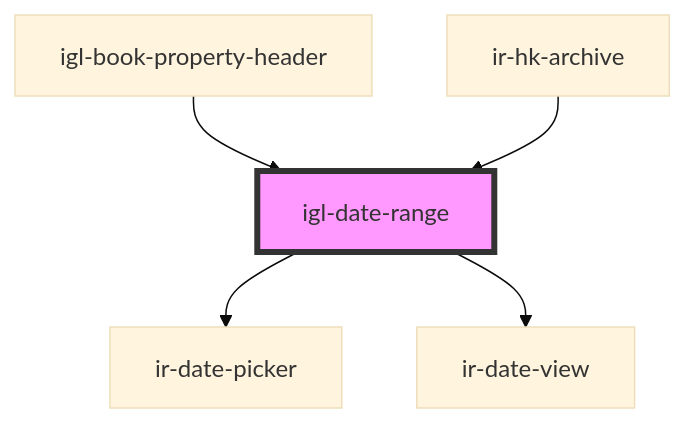
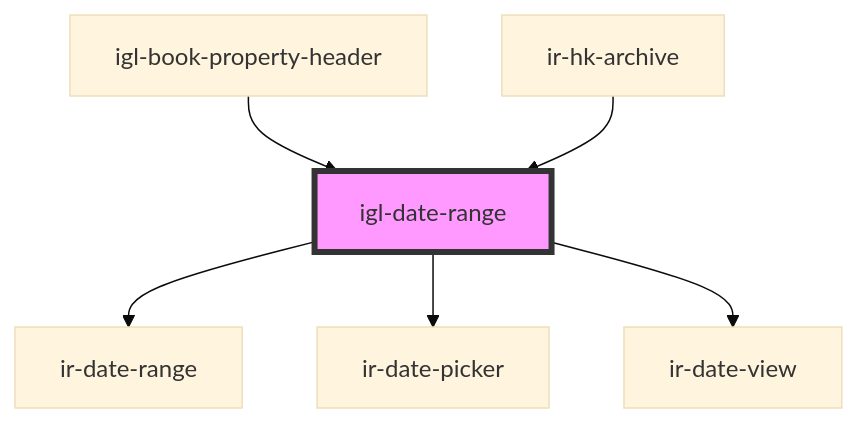
The diagram in src/components/igloo-calendar/igl-date-range/readme.md (David1Chowaifaty/modified-ir-webcmp), drawn with Mermaid (base theme) before and after one commit. The commit also changed other lines of this file and 70 other files, not shown here.

````diff
--- a/src/components/igloo-calendar/igl-date-range/readme.md
+++ b/src/components/igloo-calendar/igl-date-range/readme.md
@@ -42,8 +43,9 @@
 ```mermaid
 graph TD;
+  igl-date-range --> ir-date-range
   igl-date-range --> ir-date-picker
   igl-date-range --> ir-date-view
   igl-book-property-header --> igl-date-range
   ir-hk-archive --> igl-date-range
   style igl-date-range fill:#f9f,stroke:#333,stroke-width:4px
 ```
````
